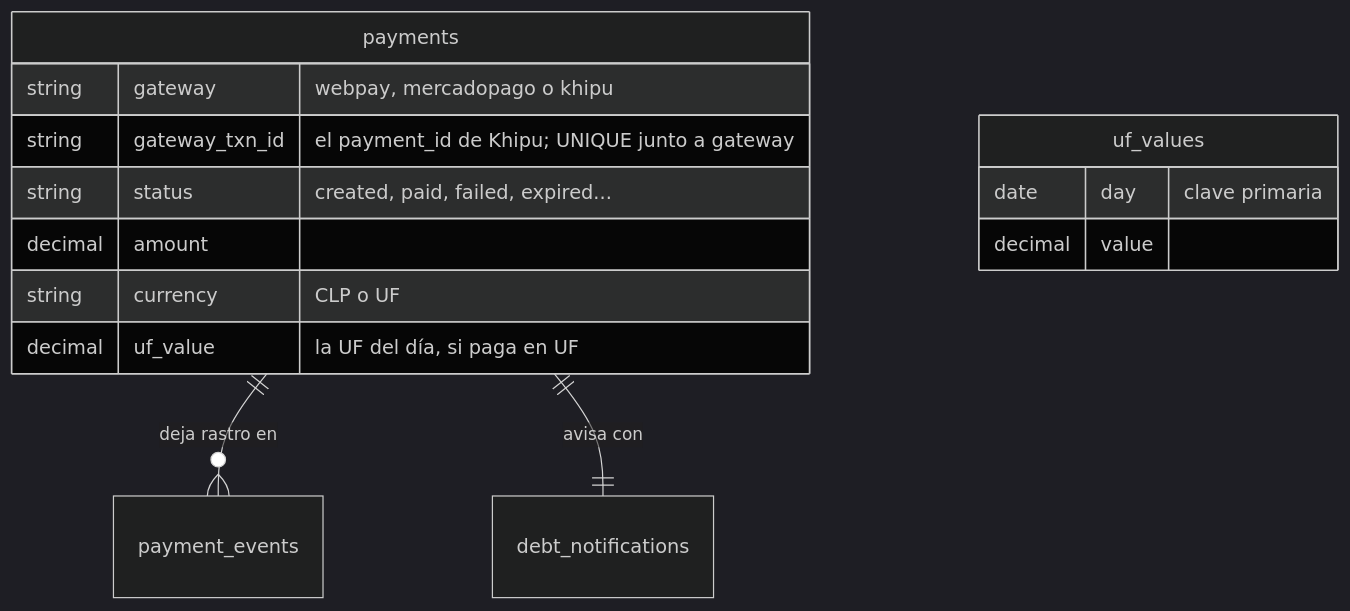
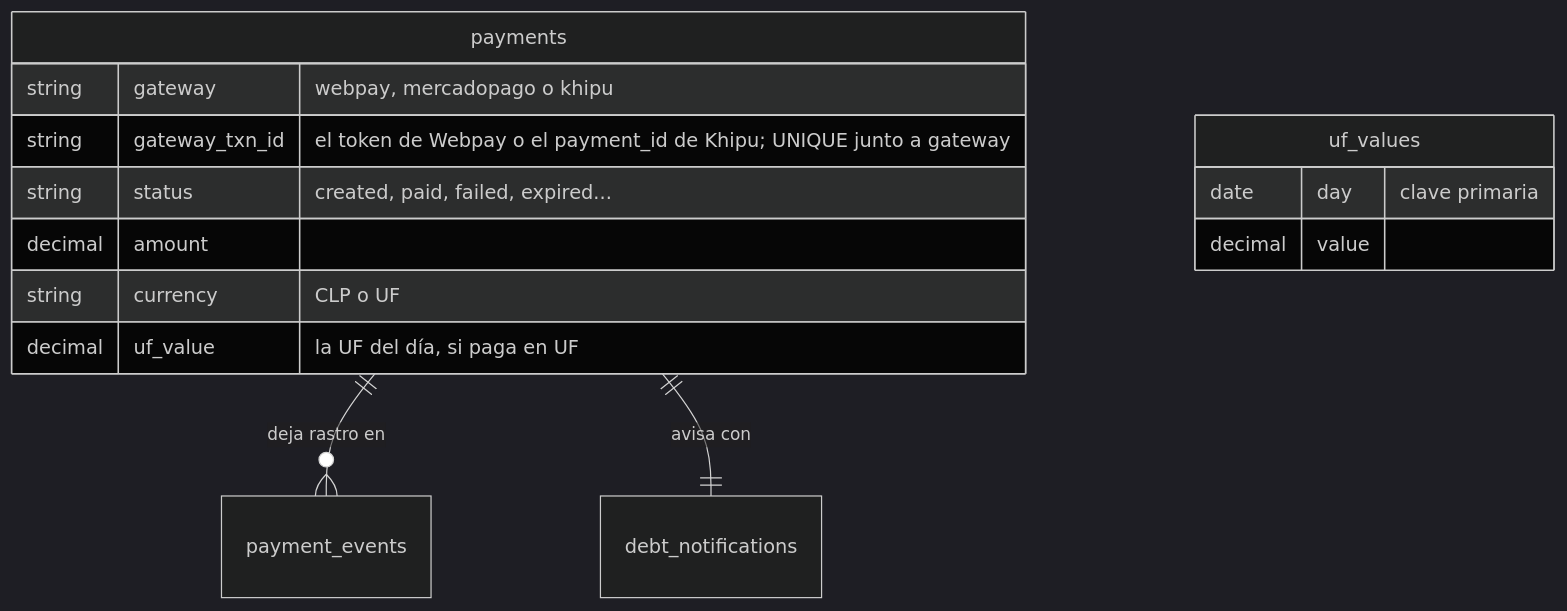
Before and after one commit to Martin6k/TB_web: the fourth of 7 diagrams in README.md, drawn with Mermaid (dark theme). The commit also changed other lines of this file and 26 other files, not shown here.

````diff
--- a/README.md
+++ b/README.md
@@ -533,17 +556,17 @@
 ```mermaid
 erDiagram
     payments ||--o{ payment_events     : "deja rastro en"
     payments ||--|| debt_notifications : "avisa con"
     payments {
         string gateway "webpay, mercadopago o khipu"
-        string gateway_txn_id "el payment_id de Khipu; UNIQUE junto a gateway"
+        string gateway_txn_id "el token de Webpay o el payment_id de Khipu; UNIQUE junto a gateway"
         string status "created, paid, failed, expired..."
         decimal amount
         string currency "CLP o UF"
         decimal uf_value "la UF del día, si paga en UF"
     }
     uf_values {
         date day "clave primaria"
         decimal value
     }
 ```
````
